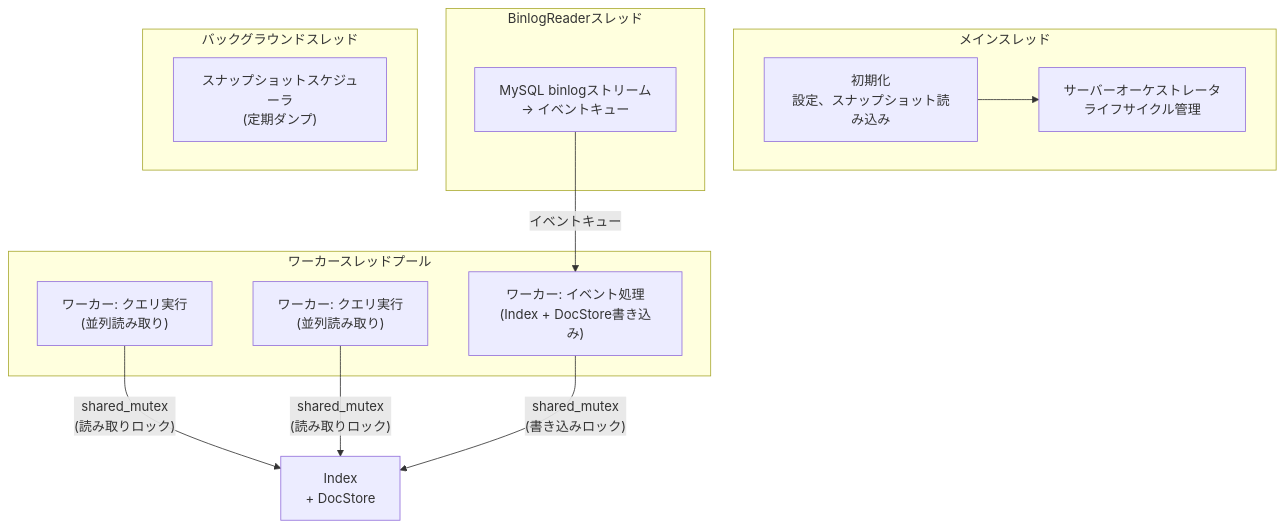
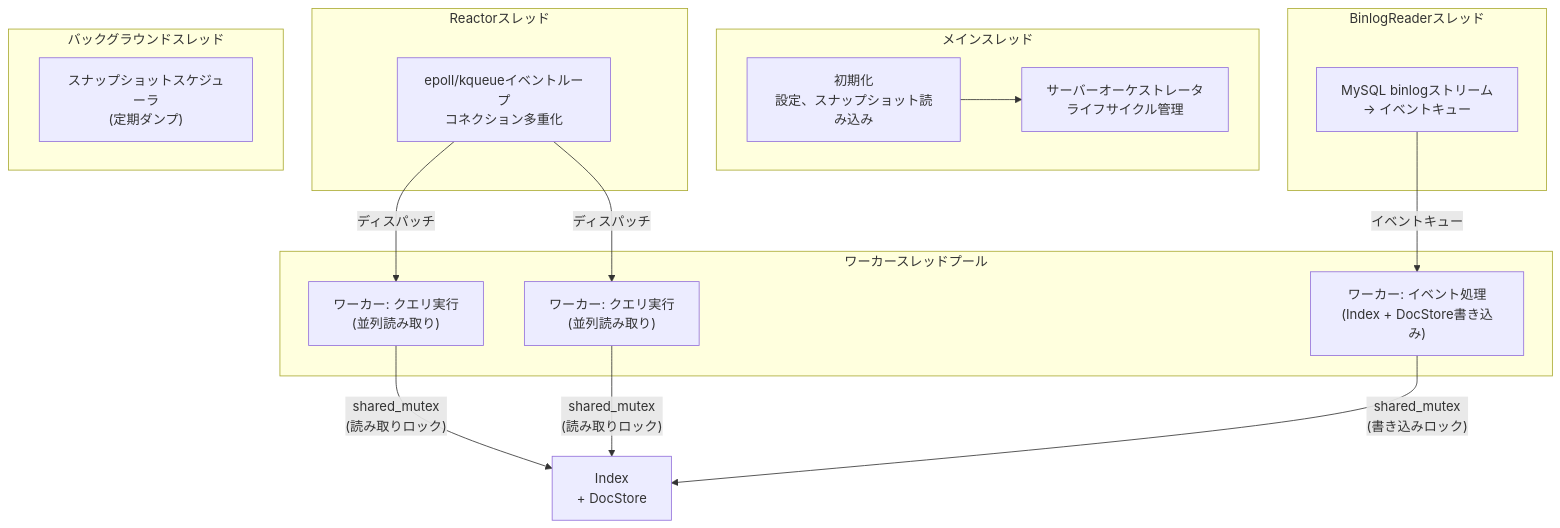
The fourth of 6 diagrams in src/ja/docs/architecture.md (libraz/mygramdb-homepage), drawn with Mermaid before and after one commit. The commit also changed other lines of this file and 8 other files, not shown here.

````diff
--- a/src/ja/docs/architecture.md
+++ b/src/ja/docs/architecture.md
@@ -84,23 +86,28 @@
 ```mermaid
 flowchart TD
     subgraph "メインスレッド"
         INIT["初期化\n設定、スナップショット読み込み"]
         ORCH["サーバーオーケストレータ\nライフサイクル管理"]
+    end
+    subgraph "Reactorスレッド"
+        EV["epoll/kqueueイベントループ\nコネクション多重化"]
     end
     subgraph "BinlogReaderスレッド"
         BL["MySQL binlogストリーム\n→ イベントキュー"]
     end
     subgraph "ワーカースレッドプール"
         W1["ワーカー: イベント処理\n(Index + DocStore書き込み)"]
         W2["ワーカー: クエリ実行\n(並列読み取り)"]
         W3["ワーカー: クエリ実行\n(並列読み取り)"]
     end
     subgraph "バックグラウンドスレッド"
         SS["スナップショットスケジューラ\n(定期ダンプ)"]
     end
     INIT --> ORCH
+    EV -->|"ディスパッチ"| W2
+    EV -->|"ディスパッチ"| W3
     BL -->|"イベントキュー"| W1
     W2 -->|"shared_mutex\n(読み取りロック)"| IDX["Index\n+ DocStore"]
     W3 -->|"shared_mutex\n(読み取りロック)"| IDX
     W1 -->|"shared_mutex\n(書き込みロック)"| IDX
 ```
````
